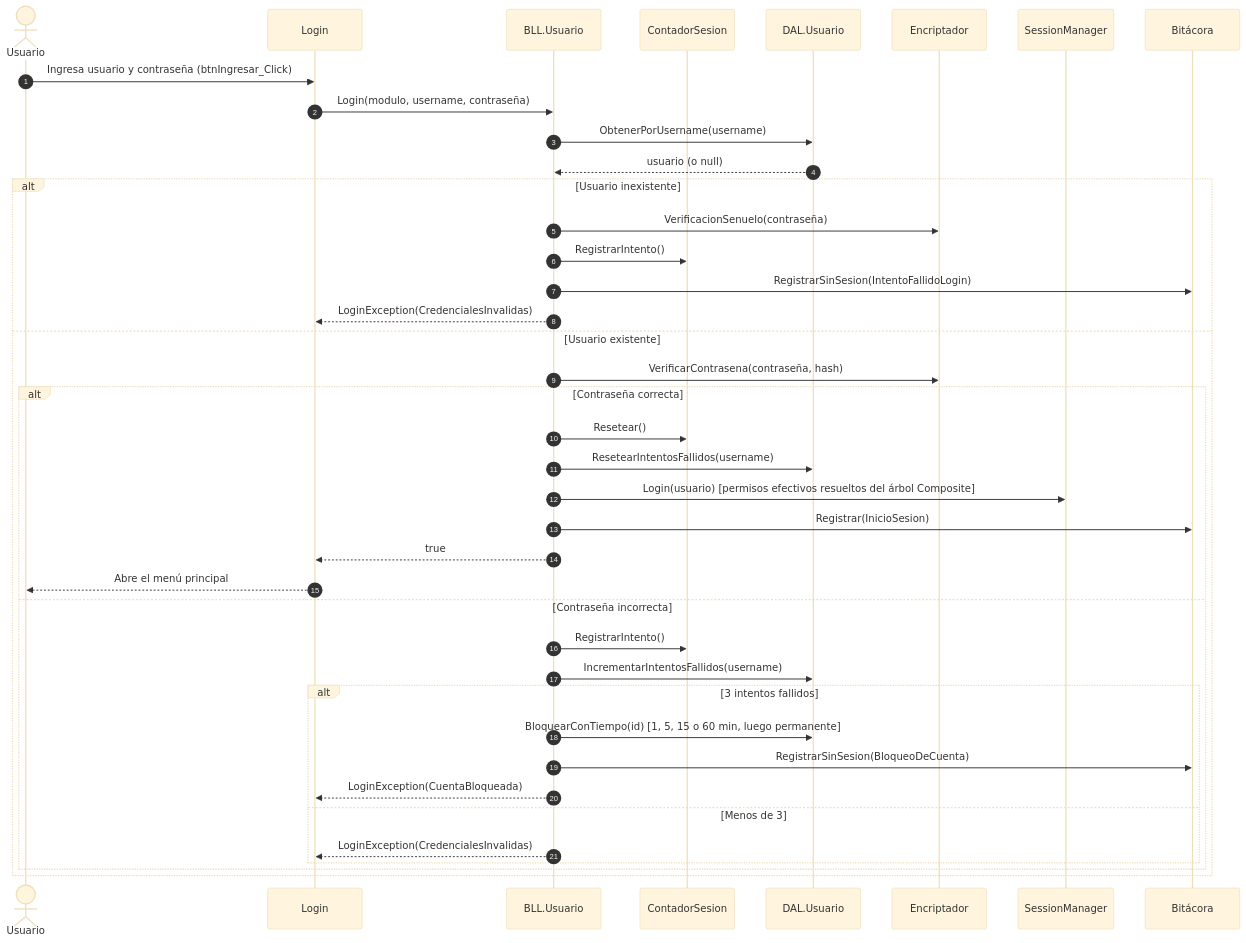
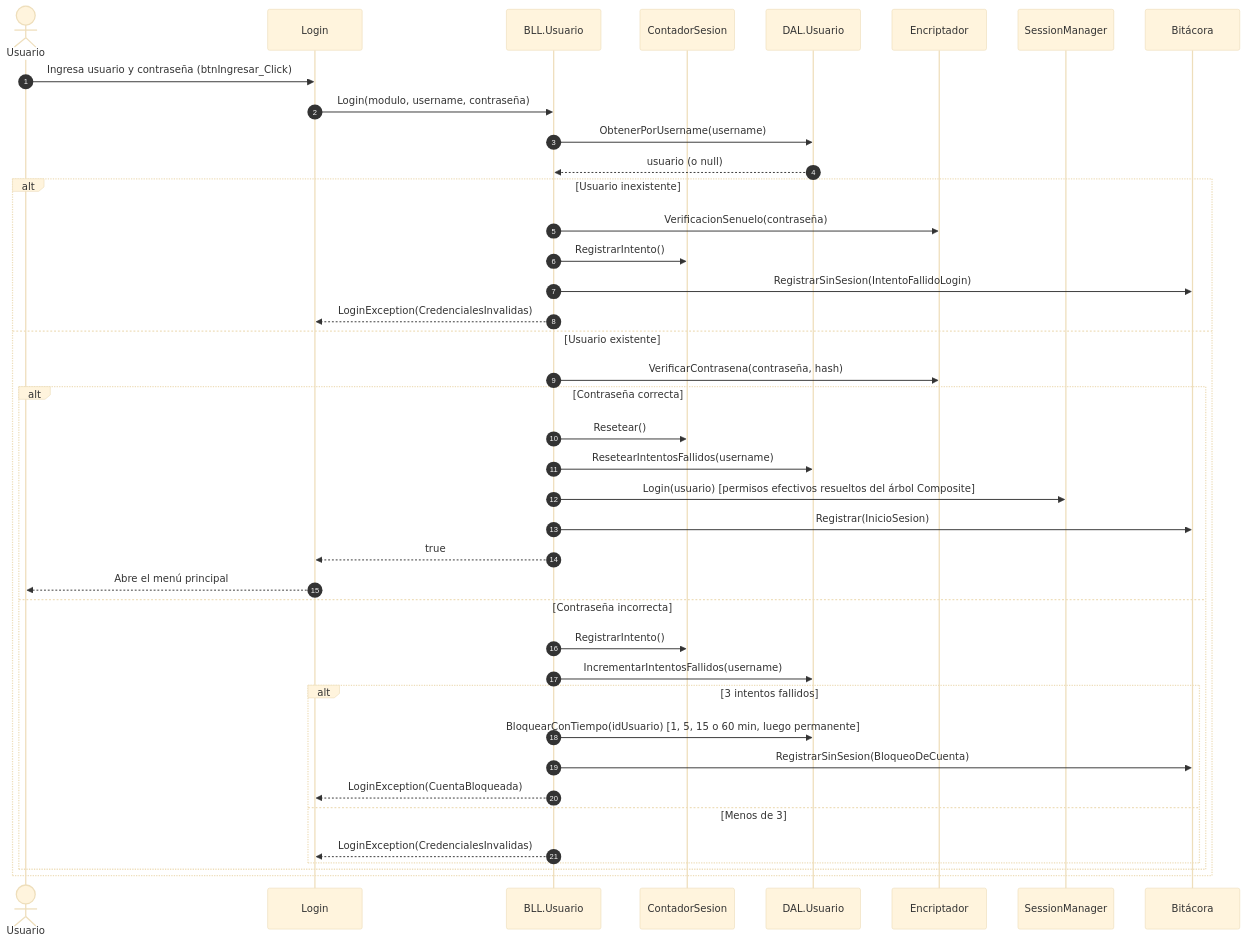
One commit to valentinamorana/Trabajo-de-Diploma changed the diagram in docs/diagramas/mermaid/DSS_T02_1_Login.mmd. Above: the diagram before and after it, drawn with Mermaid (base theme). The commit also changed 183 other files, not shown here.

```diff
--- a/docs/diagramas/mermaid/DSS_T02_1_Login.mmd
+++ b/docs/diagramas/mermaid/DSS_T02_1_Login.mmd
@@ -1,40 +1,40 @@
 sequenceDiagram
   autonumber
   actor U as Usuario
   participant F as Login
   participant B as BLL.Usuario
   participant S as ContadorSesion
   participant D as DAL.Usuario
   participant E as Encriptador
   participant M as SessionManager
   participant L as Bitácora
   U->>F: Ingresa usuario y contraseña (btnIngresar_Click)
   F->>B: Login(modulo, username, contraseña)
   B->>D: ObtenerPorUsername(username)
   D-->>B: usuario (o null)
   alt Usuario inexistente
     B->>E: VerificacionSenuelo(contraseña)
     B->>S: RegistrarIntento()
     B->>L: RegistrarSinSesion(IntentoFallidoLogin)
     B-->>F: LoginException(CredencialesInvalidas)
   else Usuario existente
     B->>E: VerificarContrasena(contraseña, hash)
     alt Contraseña correcta
       B->>S: Resetear()
       B->>D: ResetearIntentosFallidos(username)
       B->>M: Login(usuario)  [permisos efectivos resueltos del árbol Composite]
       B->>L: Registrar(InicioSesion)
       B-->>F: true
       F-->>U: Abre el menú principal
     else Contraseña incorrecta
       B->>S: RegistrarIntento()
       B->>D: IncrementarIntentosFallidos(username)
       alt 3 intentos fallidos
-        B->>D: BloquearConTiempo(id)  [1, 5, 15 o 60 min, luego permanente]
+        B->>D: BloquearConTiempo(idUsuario)  [1, 5, 15 o 60 min, luego permanente]
         B->>L: RegistrarSinSesion(BloqueoDeCuenta)
         B-->>F: LoginException(CuentaBloqueada)
       else Menos de 3
         B-->>F: LoginException(CredencialesInvalidas)
       end
     end
   end
```
